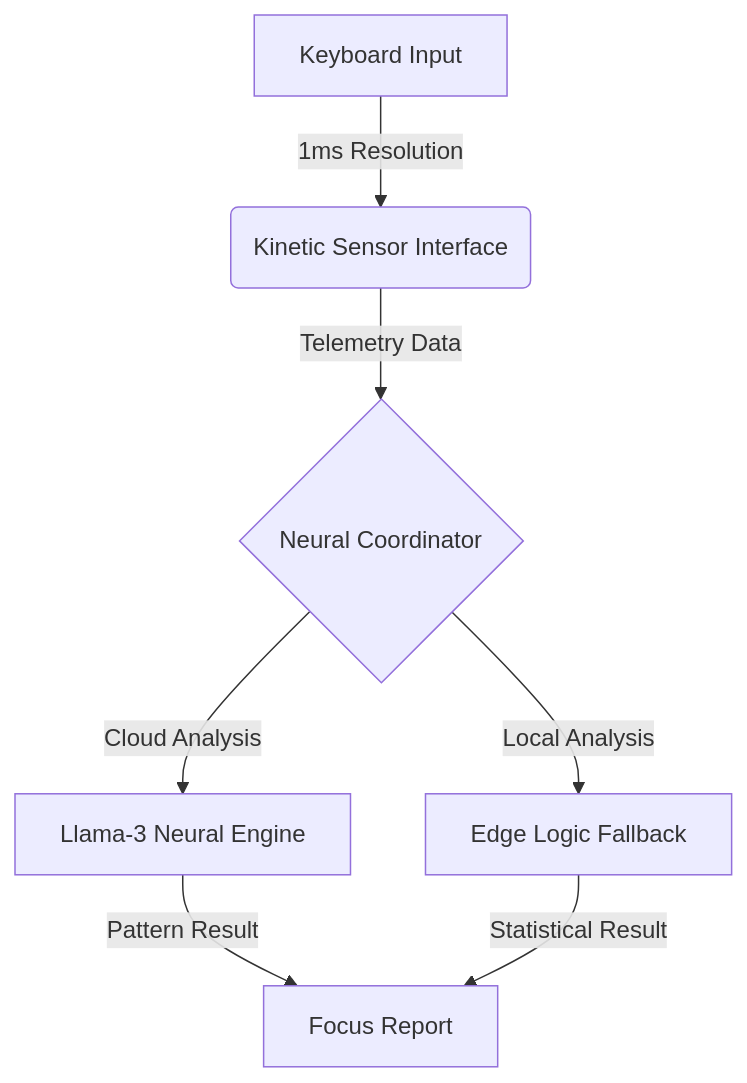
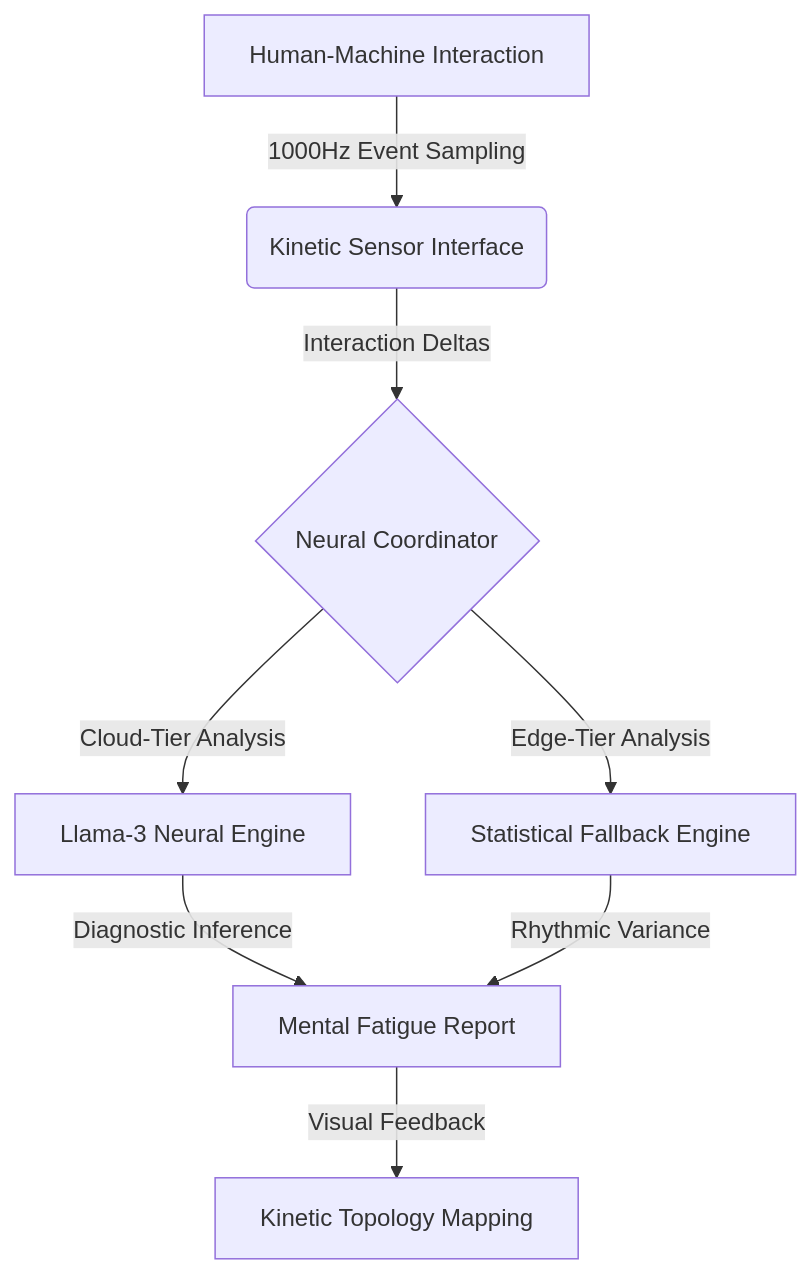
Before and after one commit to Asma-345/CognitoTracker: the diagram in README.md, drawn with Mermaid. The commit also changed other lines of this file and 1 other file, not shown here.

First line of the commit message:
feat: Enhance kinetic stream visualization and README

````diff
--- a/README.md
+++ b/README.md
@@ -14,9 +16,10 @@
 ```mermaid
 graph TD
-    A[Keyboard Input] -->|1ms Resolution| B(Kinetic Sensor Interface)
-    B -->|Telemetry Data| C{Neural Coordinator}
-    C -->|Cloud Analysis| D[Llama-3 Neural Engine]
-    C -->|Local Analysis| E[Edge Logic Fallback]
-    D -->|Pattern Result| F[Focus Report]
-    E -->|Statistical Result| F
+    A[Human-Machine Interaction] -->|1000Hz Event Sampling| B(Kinetic Sensor Interface)
+    B -->|Interaction Deltas| C{Neural Coordinator}
+    C -->|Cloud-Tier Analysis| D[Llama-3 Neural Engine]
+    C -->|Edge-Tier Analysis| E[Statistical Fallback Engine]
+    D -->|Diagnostic Inference| F[Mental Fatigue Report]
+    E -->|Rhythmic Variance| F
+    F -->|Visual Feedback| G[Kinetic Topology Mapping]
 ```
````
